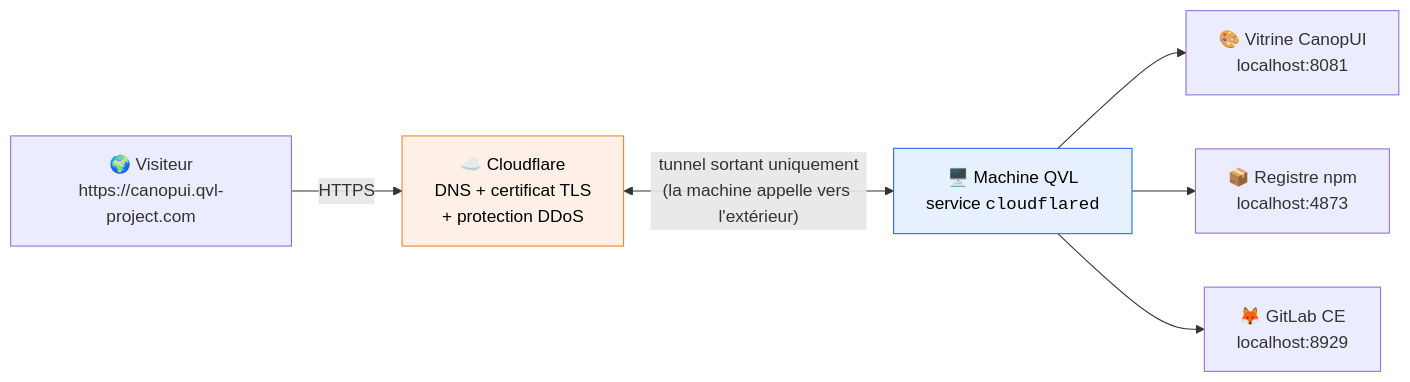
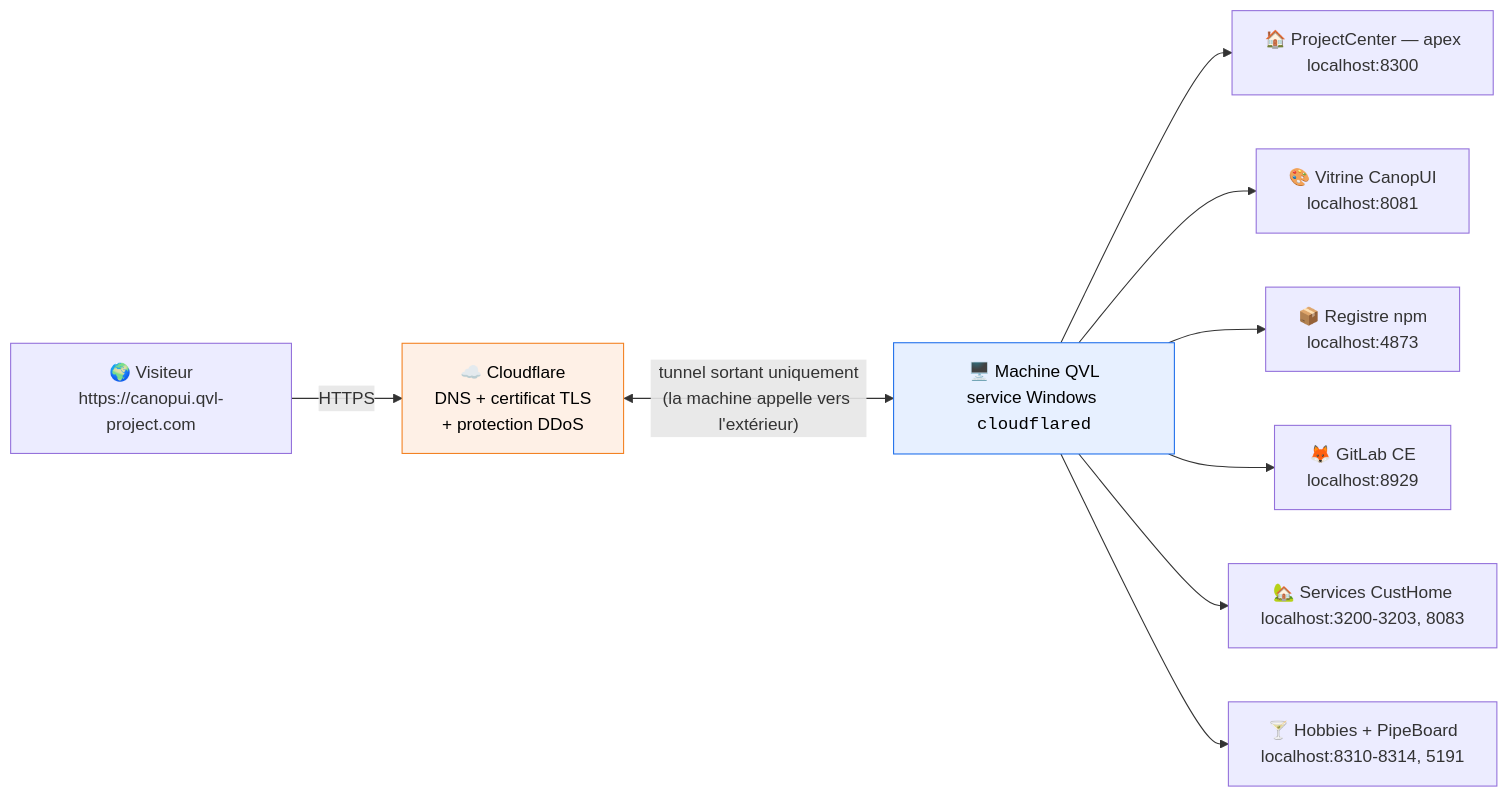
The second of 2 diagrams in hebergement/tunnel-cloudflare.md (MartinQueval/QVL-Documentation), drawn with Mermaid before and after one commit. The commit also changed other lines of this file and 27 other files, not shown here.

First line of the commit message:
docs: remise à jour complète de l'écosystème (Hobbies, CanopUI 3, ProjectCenter, CustHome, infra)

````diff
--- a/hebergement/tunnel-cloudflare.md
+++ b/hebergement/tunnel-cloudflare.md
@@ -111,10 +135,13 @@
 ```mermaid
 flowchart LR
     V["🌍 Visiteur<br/>https://canopui.qvl-project.com"] -->|HTTPS| CF["☁️ Cloudflare<br/>DNS + certificat TLS<br/>+ protection DDoS"]
-    CF <-->|"tunnel sortant uniquement<br/>(la machine appelle vers l'extérieur)"| CD["🖥️ Machine QVL<br/>service <code>cloudflared</code>"]
+    CF <-->|"tunnel sortant uniquement<br/>(la machine appelle vers l'extérieur)"| CD["🖥️ Machine QVL<br/>service Windows <code>cloudflared</code>"]
+    CD --> S0["🏠 ProjectCenter — apex<br/>localhost:8300"]
     CD --> S1["🎨 Vitrine CanopUI<br/>localhost:8081"]
     CD --> S2["📦 Registre npm<br/>localhost:4873"]
     CD --> S3["🦊 GitLab CE<br/>localhost:8929"]
+    CD --> S4["🏡 Services CustHome<br/>localhost:3200-3203, 8083"]
+    CD --> S5["🍸 Hobbies + PipeBoard<br/>localhost:8310-8314, 5191"]
     style CF fill:#fef0e6,stroke:#f38020,color:#000
     style CD fill:#e7f0ff,stroke:#1f6feb,color:#000
 ```
````
